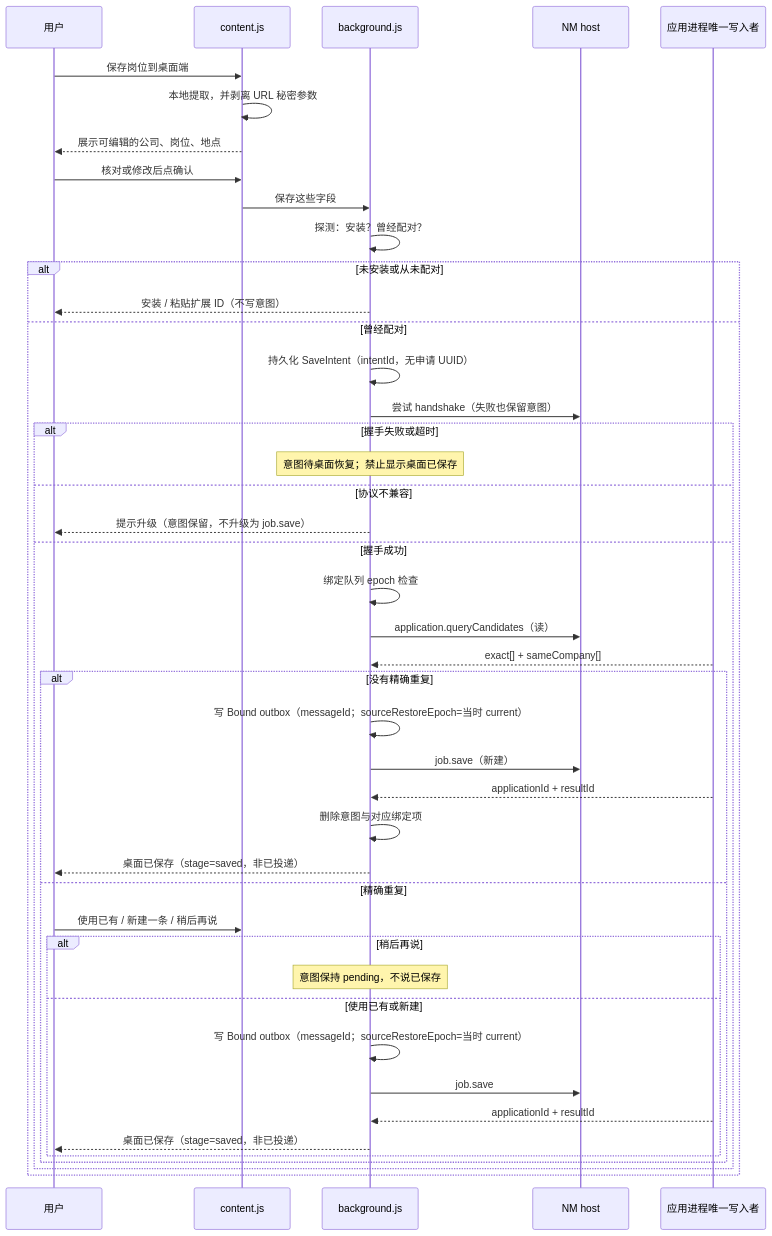
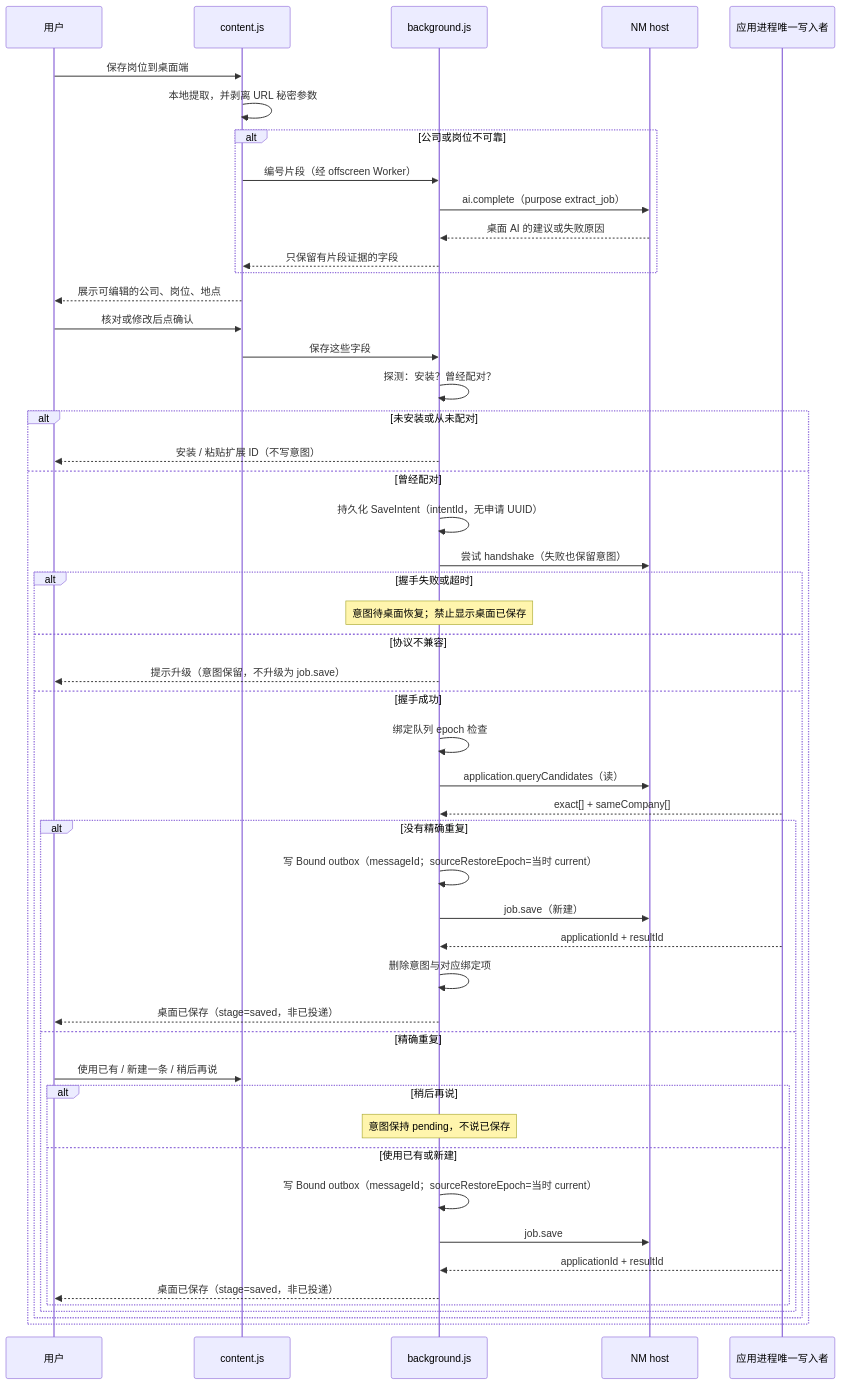
The first of 3 diagrams in docs/desktop-mvp/product-requirements.md (TshyGO/resume-form-assistant-plugin), drawn with Mermaid before and after one commit. The commit also changed other lines of this file and 32 other files, not shown here.

````diff
--- a/docs/desktop-mvp/product-requirements.md
+++ b/docs/desktop-mvp/product-requirements.md
@@ -156,46 +156,52 @@
 ```mermaid
 sequenceDiagram
   participant U as 用户
   participant CS as content.js
   participant SW as background.js
   participant H as NM host
   participant APP as 应用进程唯一写入者
   U->>CS: 保存岗位到桌面端
   CS->>CS: 本地提取，并剥离 URL 秘密参数
+  alt 公司或岗位不可靠
+    CS->>SW: 编号片段（经 offscreen Worker）
+    SW->>H: ai.complete（purpose extract_job）
+    H-->>SW: 桌面 AI 的建议或失败原因
+    SW-->>CS: 只保留有片段证据的字段
+  end
   CS-->>U: 展示可编辑的公司、岗位、地点
   U->>CS: 核对或修改后点确认
   CS->>SW: 保存这些字段
   SW->>SW: 探测：安装？曾经配对？
   alt 未安装或从未配对
     SW-->>U: 安装 / 粘贴扩展 ID（不写意图）
   else 曾经配对
     SW->>SW: 持久化 SaveIntent（intentId，无申请 UUID）
     SW->>H: 尝试 handshake（失败也保留意图）
     alt 握手失败或超时
       Note over SW: 意图待桌面恢复；禁止显示桌面已保存
     else 协议不兼容
       SW-->>U: 提示升级（意图保留，不升级为 job.save）
     else 握手成功
       SW->>SW: 绑定队列 epoch 检查
       SW->>H: application.queryCandidates（读）
       APP-->>SW: exact[] + sameCompany[]
       alt 没有精确重复
         SW->>SW: 写 Bound outbox（messageId；sourceRestoreEpoch=当时 current）
         SW->>H: job.save（新建）
         APP-->>SW: applicationId + resultId
         SW->>SW: 删除意图与对应绑定项
         SW-->>U: 桌面已保存（stage=saved，非已投递）
       else 精确重复
         U->>CS: 使用已有 / 新建一条 / 稍后再说
         alt 稍后再说
           Note over SW: 意图保持 pending，不说已保存
         else 使用已有或新建
           SW->>SW: 写 Bound outbox（messageId；sourceRestoreEpoch=当时 current）
           SW->>H: job.save
           APP-->>SW: applicationId + resultId
           SW-->>U: 桌面已保存（stage=saved，非已投递）
         end
       end
     end
   end
 ```
````
